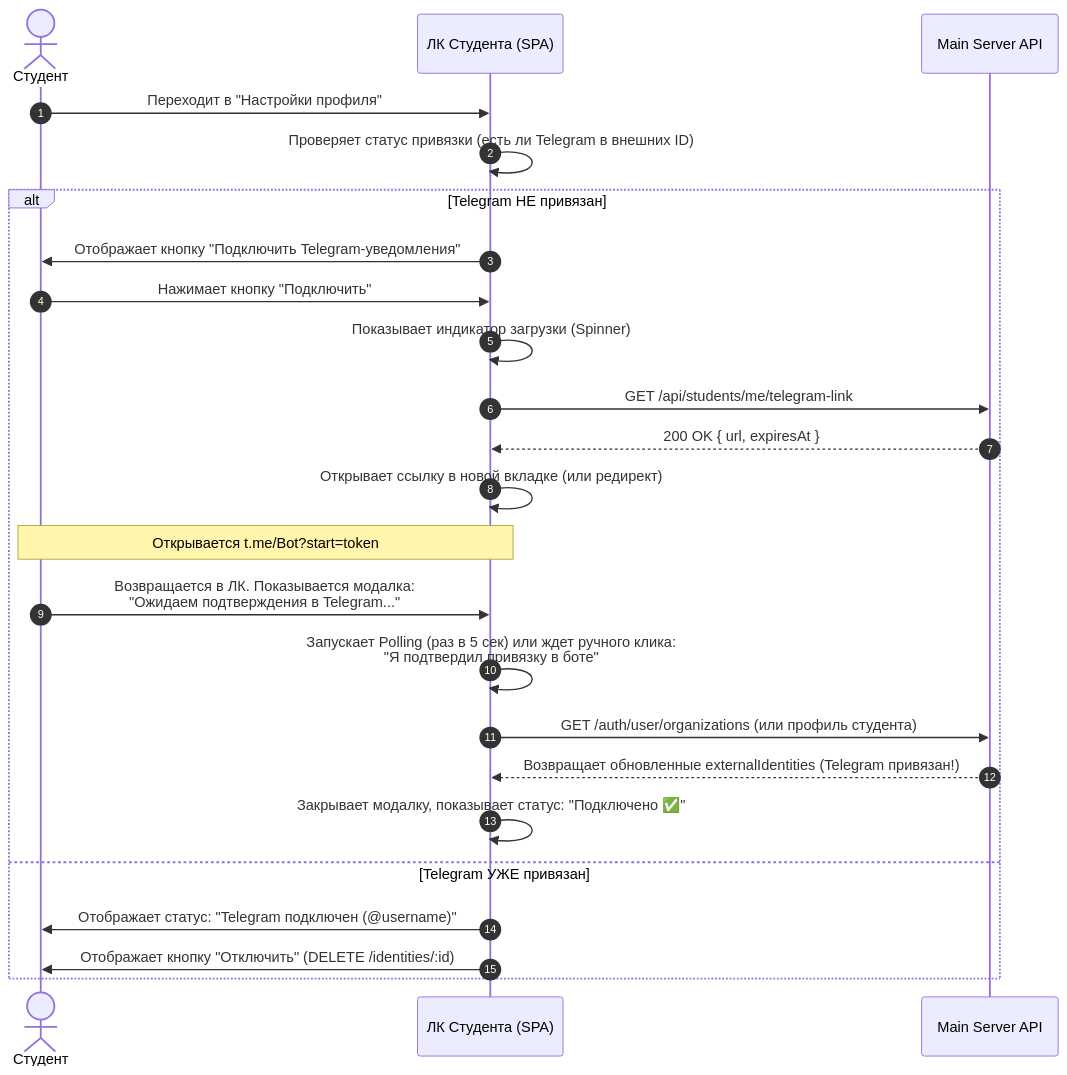
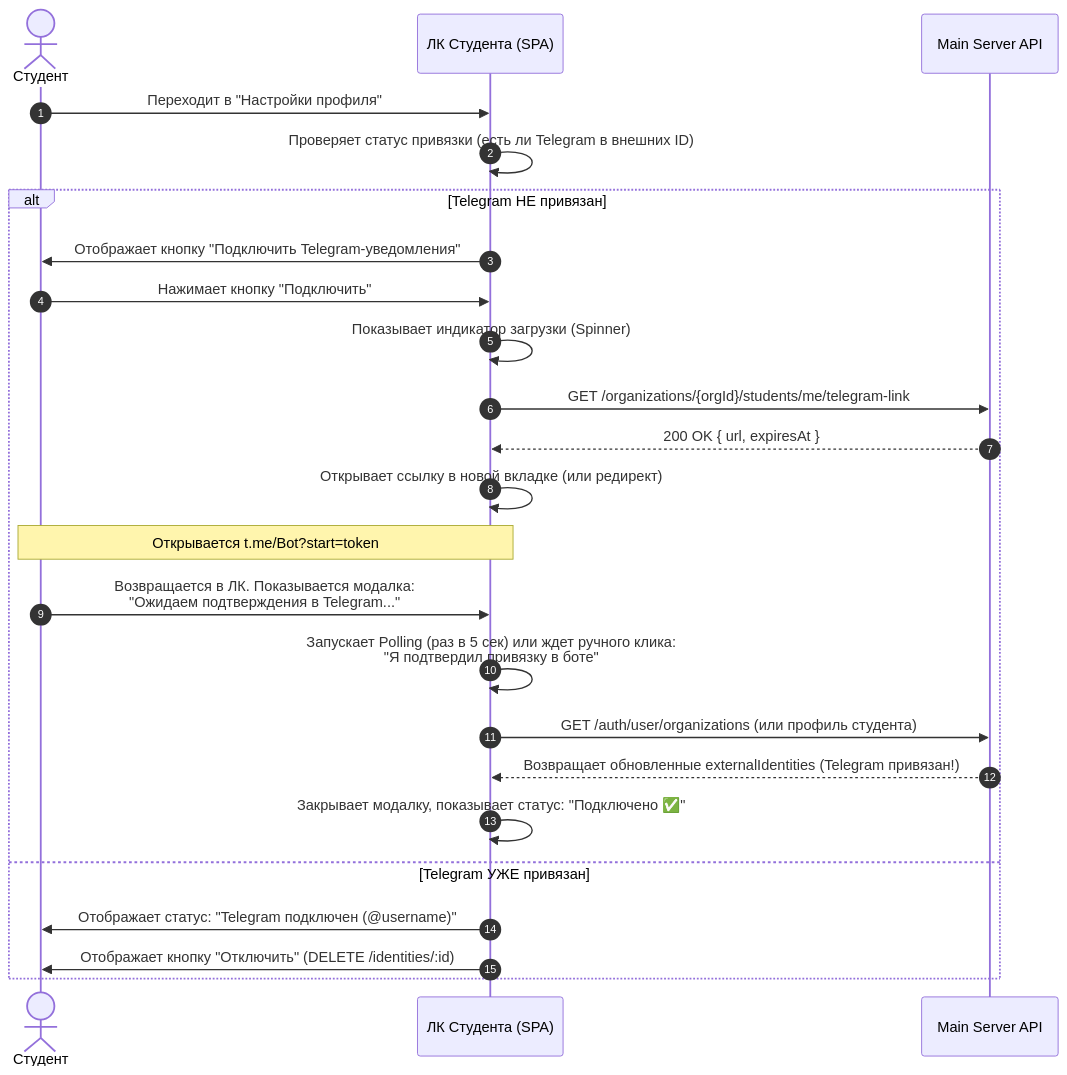
The diagram in agentic_docs/CLIENT_TG_INTEGRATION.md (Alex84K/chsm_client_v2), drawn with Mermaid before and after one commit. The commit also changed other lines of this file and 4 other files, not shown here.

````diff
--- a/agentic_docs/CLIENT_TG_INTEGRATION.md
+++ b/agentic_docs/CLIENT_TG_INTEGRATION.md
@@ -12,27 +12,27 @@
 ```mermaid
 sequenceDiagram
     autonumber
     actor Студент
     participant UI as ЛК Студента (SPA)
     participant API as Main Server API
 
     Студент->>UI: Переходит в "Настройки профиля"
     UI->>UI: Проверяет статус привязки (есть ли Telegram в внешних ID)
     alt Telegram НЕ привязан
         UI->>Студент: Отображает кнопку "Подключить Telegram-уведомления"
         Студент->>UI: Нажимает кнопку "Подключить"
         UI->>UI: Показывает индикатор загрузки (Spinner)
-        UI->>API: GET /api/students/me/telegram-link
+        UI->>API: GET /organizations/{orgId}/students/me/telegram-link
         API-->>UI: 200 OK { url, expiresAt }
         UI->>UI: Открывает ссылку в новой вкладке (или редирект)
         Note over Студент, UI: Открывается t.me/Bot?start=token
         Студент->>UI: Возвращается в ЛК. Показывается модалка:<br/>"Ожидаем подтверждения в Telegram..."
         UI->>UI: Запускает Polling (раз в 5 сек) или ждет ручного клика:<br/>"Я подтвердил привязку в боте"
         UI->>API: GET /auth/user/organizations (или профиль студента)
         API-->>UI: Возвращает обновленные externalIdentities (Telegram привязан!)
         UI->>UI: Закрывает модалку, показывает статус: "Подключено ✅"
     else Telegram УЖЕ привязан
         UI->>Студент: Отображает статус: "Telegram подключен (@username)"
         UI->>Студент: Отображает кнопку "Отключить" (DELETE /identities/:id)
     end
 ```
````
